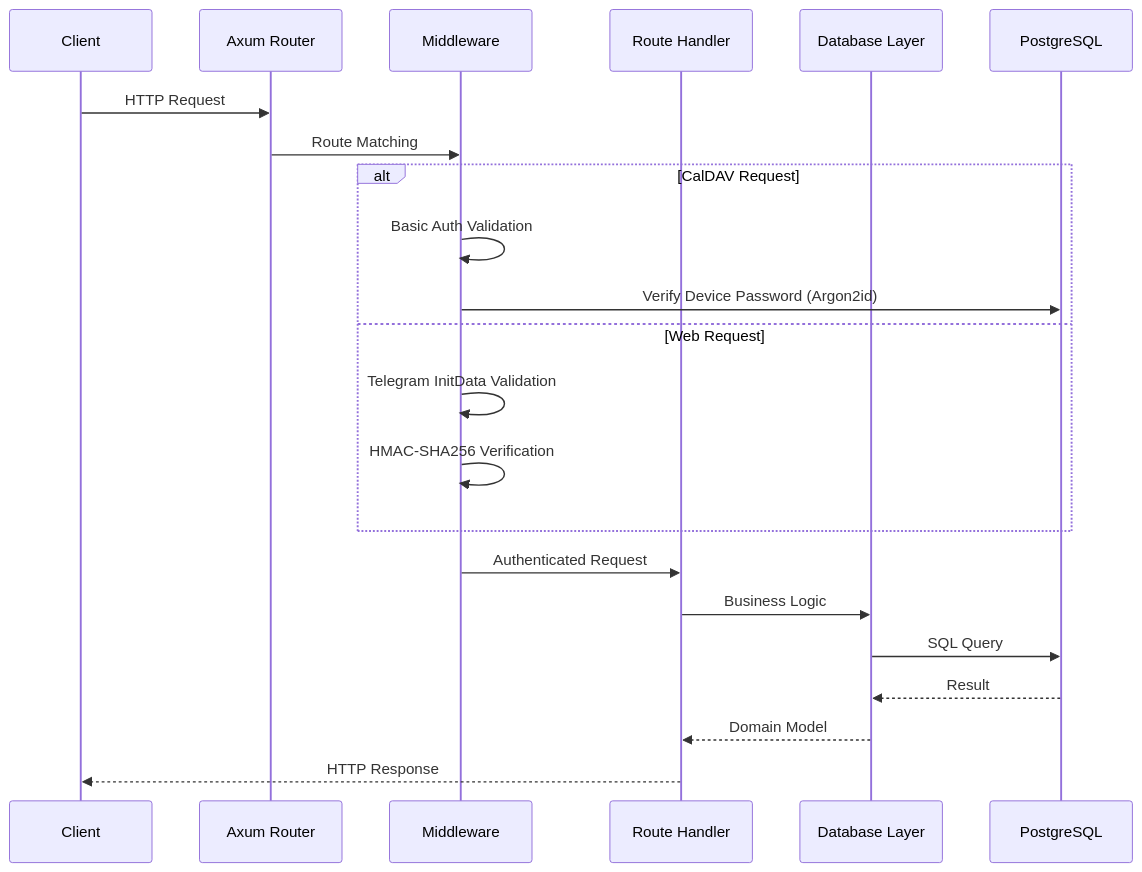
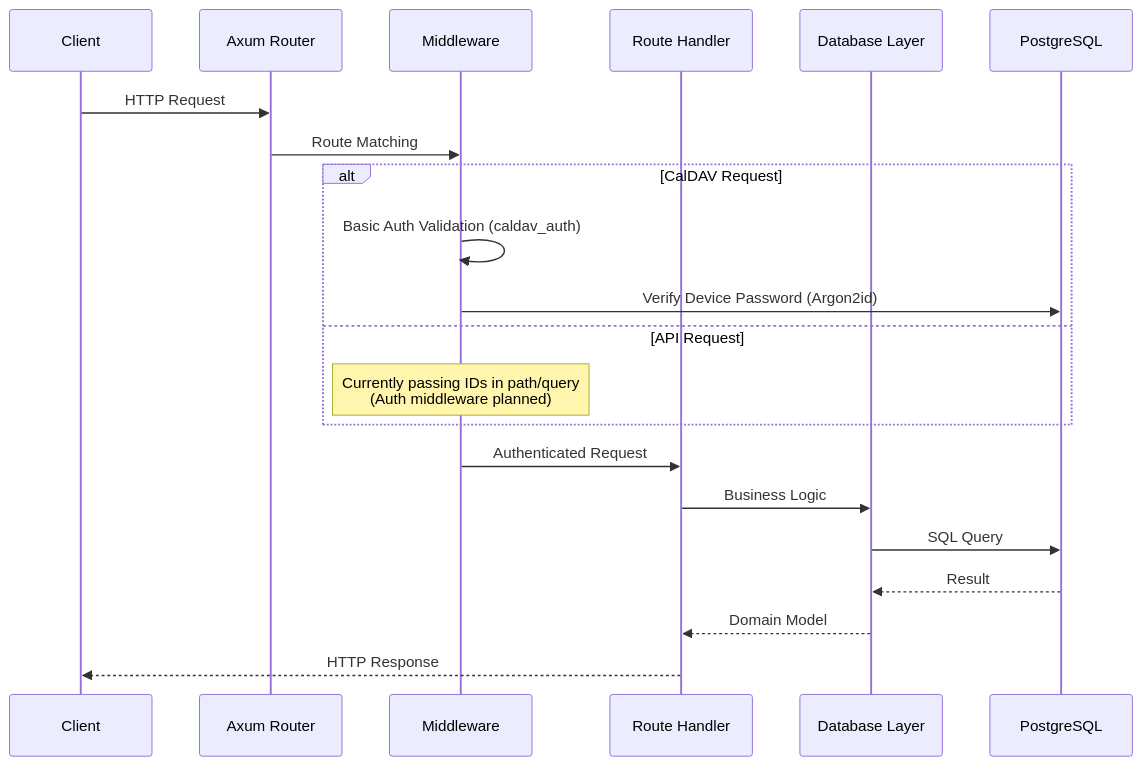
Before and after one commit to kirilledition/televent: the third of 7 diagrams in docs/ARCHITECTURE.md, drawn with Mermaid. The commit also changed other lines of this file and 20 other files, not shown here.

````diff
--- a/docs/ARCHITECTURE.md
+++ b/docs/ARCHITECTURE.md
@@ -105,27 +106,26 @@
 ```mermaid
 sequenceDiagram
     participant Client
     participant Router as Axum Router
     participant MW as Middleware
     participant Handler as Route Handler
     participant DB as Database Layer
     participant PG as PostgreSQL
 
     Client->>Router: HTTP Request
     Router->>MW: Route Matching
 
     alt CalDAV Request
-        MW->>MW: Basic Auth Validation
+        MW->>MW: Basic Auth Validation (caldav_auth)
         MW->>PG: Verify Device Password (Argon2id)
-    else Web Request
-        MW->>MW: Telegram InitData Validation
-        MW->>MW: HMAC-SHA256 Verification
+    else API Request
+        Note over MW: Currently passing IDs in path/query<br/>(Auth middleware planned)
     end
 
     MW->>Handler: Authenticated Request
     Handler->>DB: Business Logic
     DB->>PG: SQL Query
     PG-->>DB: Result
     DB-->>Handler: Domain Model
     Handler-->>Client: HTTP Response
 ```
````
